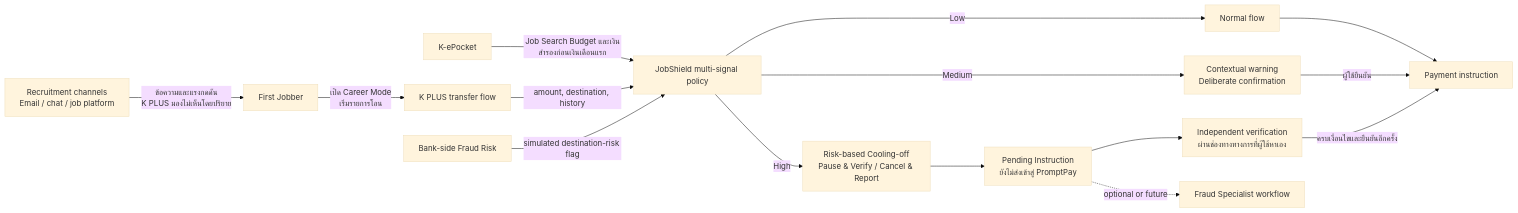
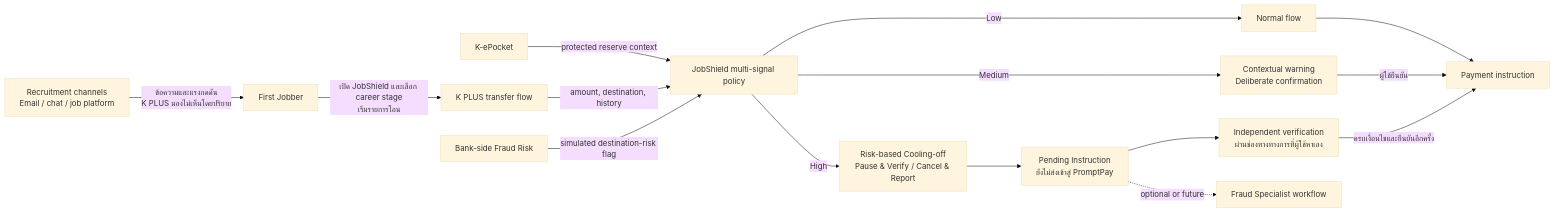
Before and after one commit to ronnakrit303/KBTG_Kampus_Hackathon_2026: the diagram in research/threat-model.md, drawn with Mermaid (base theme). The commit also changed other lines of this file and 68 other files, not shown here.

````diff
--- a/research/threat-model.md
+++ b/research/threat-model.md
@@ -53,17 +55,17 @@
 ```mermaid
 flowchart LR
     A[Recruitment channels\nEmail / chat / job platform] -->|ข้อความและแรงกดดัน\nK PLUS มองไม่เห็นโดยปริยาย| U[First Jobber]
-    U -->|เปิด Career Mode\nเริ่มรายการโอน| K[K PLUS transfer flow]
-    P[K-ePocket] -->|Job Search Budget และเงินสำรองก่อนเงินเดือนแรก| J[JobShield multi-signal policy]
+    U -->|เปิด JobShield และเลือก career stage\nเริ่มรายการโอน| K[K PLUS transfer flow]
+    P[K-ePocket] -->|protected reserve context| J[JobShield multi-signal policy]
     K -->|amount, destination, history| J
     F[Bank-side Fraud Risk] -->|simulated destination-risk flag| J
     J -->|Low| N[Normal flow]
     J -->|Medium| W[Contextual warning\nDeliberate confirmation]
     J -->|High| H[Risk-based Cooling-off\nPause & Verify / Cancel & Report]
     H --> Q[Pending Instruction\nยังไม่ส่งเข้าสู่ PromptPay]
     Q --> V[Independent verification\nผ่านช่องทางทางการที่ผู้ใช้หาเอง]
     Q -. optional or future .-> FS[Fraud Specialist workflow]
     N --> X[Payment instruction]
     W -->|ผู้ใช้ยืนยัน| X
     V -->|ครบเงื่อนไขและยืนยันอีกครั้ง| X
 ```
````
